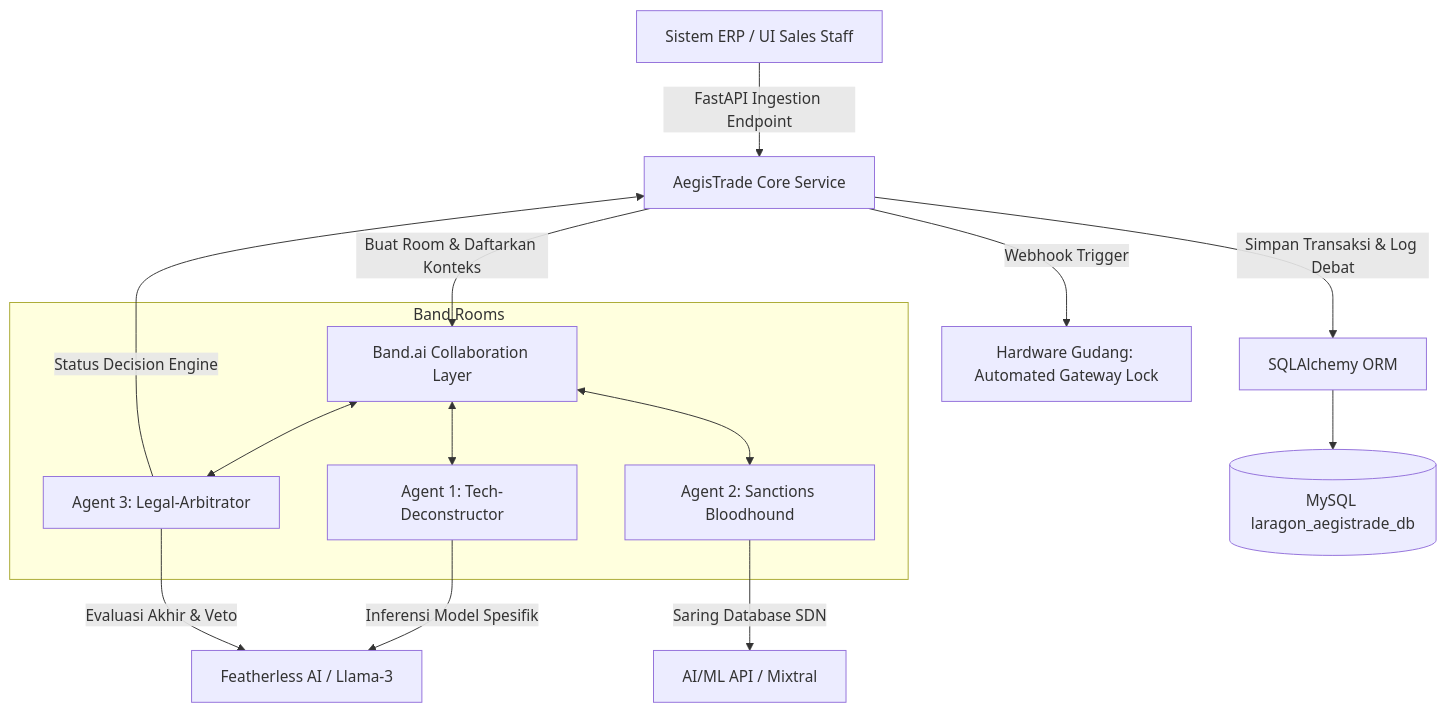
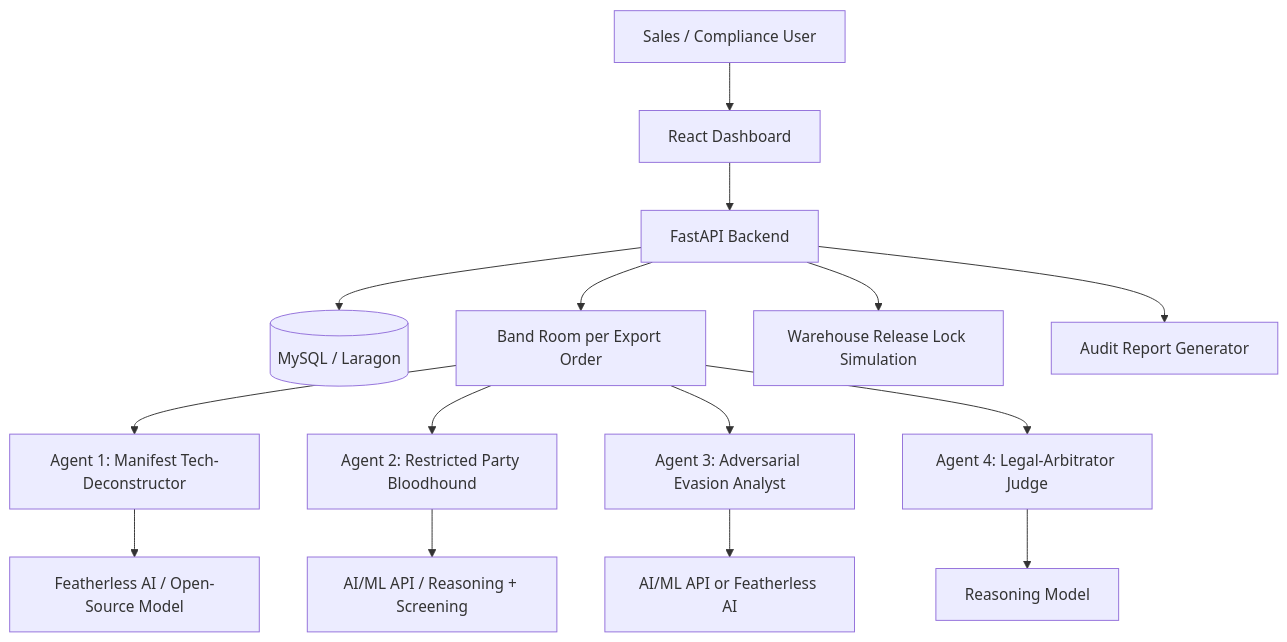
One commit to Mubax5/LogAegistic changed the first of 2 diagrams in README.md. Above: the diagram before and after it, drawn with Mermaid. The commit also changed other lines of this file, not shown here.

````diff
--- a/README.md
+++ b/README.md
@@ -205,22 +383,17 @@
 ```mermaid
 flowchart TD
-    A[Sistem ERP / UI Sales Staff] -->|FastAPI Ingestion Endpoint| S[AegisTrade Core Service]
-    S -->|Buat Room & Daftarkan Konteks| B[Band.ai Collaboration Layer]
-    
-    subgraph Band Rooms
-        B <--> AG1[Agent 1: Tech-Deconstructor]
-        B <--> AG2[Agent 2: Sanctions Bloodhound]
-        B <--> AG3[Agent 3: Legal-Arbitrator]
-    end
-
-    AG1 -->|Inferensi Model Spesifik| F1[Featherless AI / Llama-3]
-    AG2 -->|Saring Database SDN| M1[AI/ML API / Mixtral]
-    AG3 -->|Evaluasi Akhir & Veto| F1
-
-    AG3 -->|Status Decision Engine| S
-    S -->|Simpan Transaksi & Log Debat| K[SQLAlchemy ORM]
-    K --> L[(MySQL laragon_aegistrade_db)]
-    
-    S -->|Webhook Trigger| W[Hardware Gudang: Automated Gateway Lock]
-
+    U[Sales / Compliance User] --> FE[React Dashboard]
+    FE --> API[FastAPI Backend]
+    API --> DB[(MySQL / Laragon)]
+    API --> Band[Band Room per Export Order]
+    Band --> A1[Agent 1: Manifest Tech-Deconstructor]
+    Band --> A2[Agent 2: Restricted Party Bloodhound]
+    Band --> A3[Agent 3: Adversarial Evasion Analyst]
+    Band --> A4[Agent 4: Legal-Arbitrator Judge]
+    A1 --> M1[Featherless AI / Open-Source Model]
+    A2 --> M2[AI/ML API / Reasoning + Screening]
+    A3 --> M3[AI/ML API or Featherless AI]
+    A4 --> M4[Reasoning Model]
+    API --> WMS[Warehouse Release Lock Simulation]
+    API --> REP[Audit Report Generator]
 ```
````
